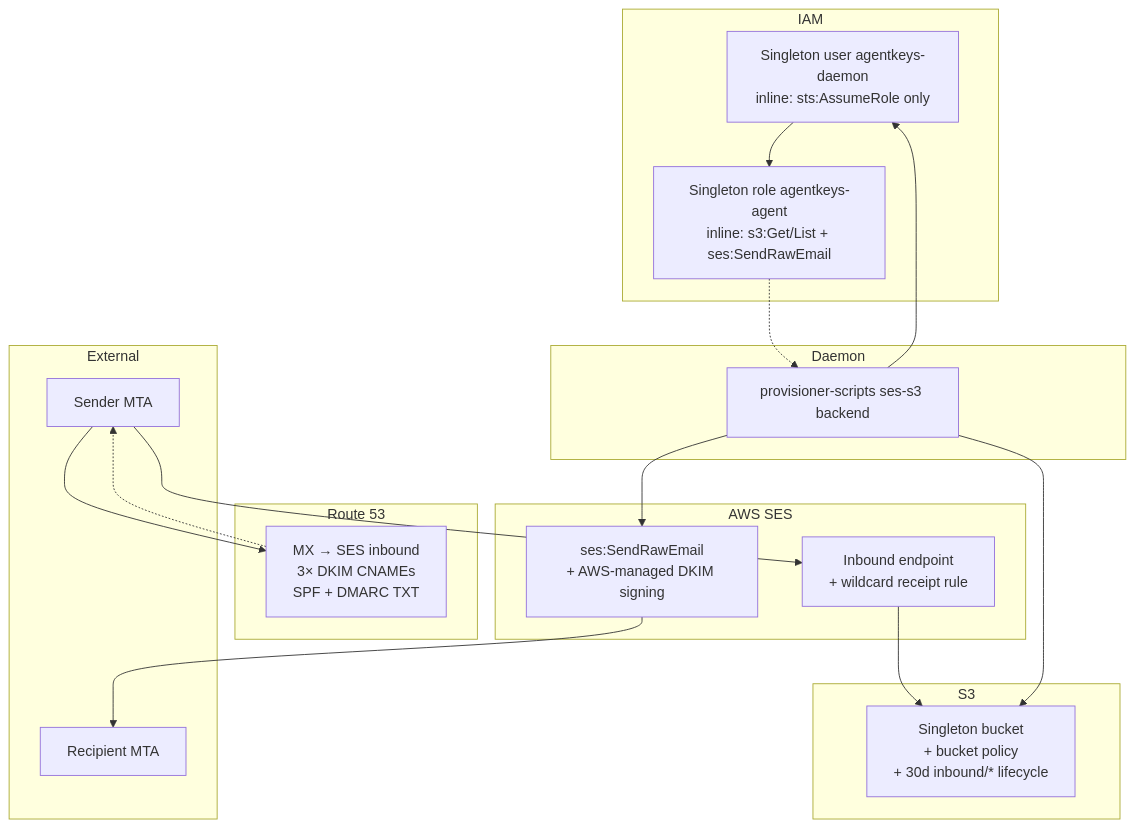
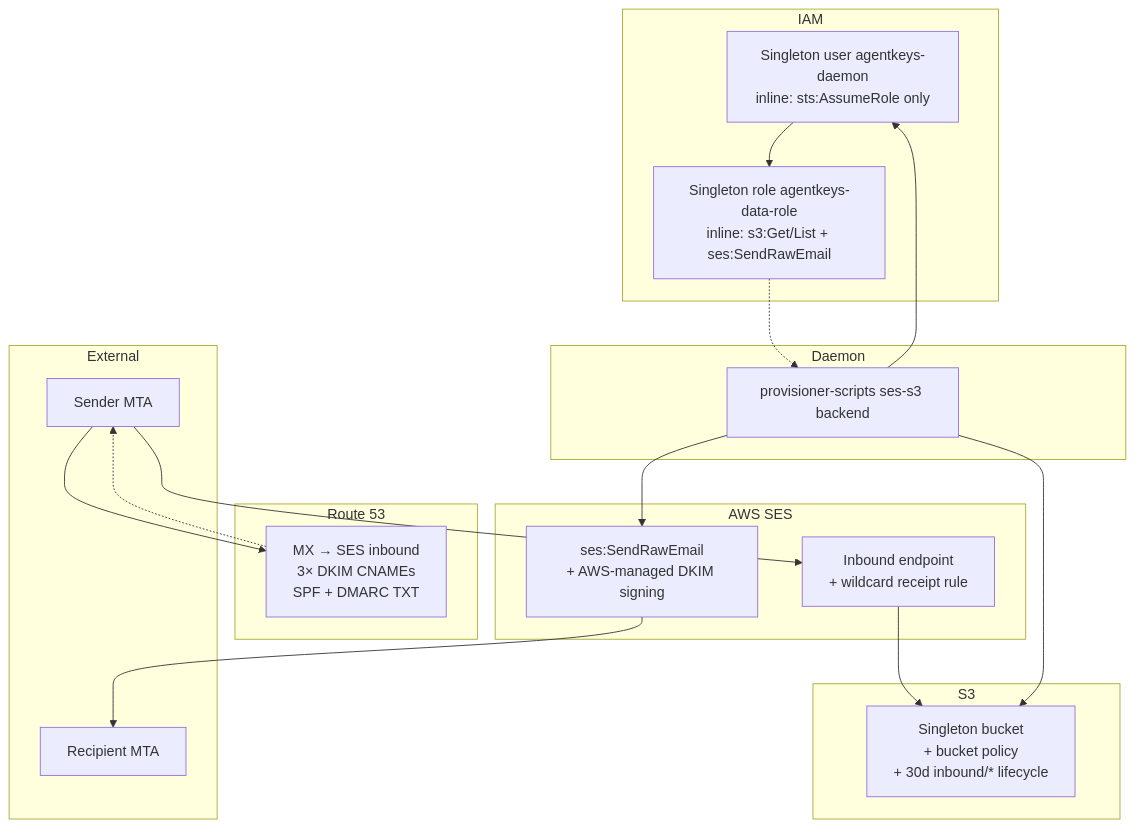
Before and after one commit to litentry/agent-terrier: the diagram in docs/spec/ses-email-architecture.md, drawn with Mermaid. The commit also changed other lines of this file and 27 other files, not shown here.

````diff
--- a/docs/spec/ses-email-architecture.md
+++ b/docs/spec/ses-email-architecture.md
@@ -109,34 +109,34 @@
 ```mermaid
 graph TB
     subgraph EXT[" External "]
         Sender[Sender MTA]
         Recip[Recipient MTA]
     end
     subgraph DNS[" Route 53 "]
         Records["MX → SES inbound<br/>3× DKIM CNAMEs<br/>SPF + DMARC TXT"]
     end
     subgraph SES[" AWS SES "]
         Inbound["Inbound endpoint<br/>+ wildcard receipt rule"]
         Outbound["ses:SendRawEmail<br/>+ AWS-managed DKIM signing"]
     end
     subgraph S3[" S3 "]
         Bucket["Singleton bucket<br/>+ bucket policy<br/>+ 30d inbound/* lifecycle"]
     end
     subgraph IAM[" IAM "]
         User["Singleton user agentkeys-daemon<br/>inline: sts:AssumeRole only"]
-        Role["Singleton role agentkeys-agent<br/>inline: s3:Get/List + ses:SendRawEmail"]
+        Role["Singleton role agentkeys-data-role<br/>inline: s3:Get/List + ses:SendRawEmail"]
     end
     subgraph APP[" Daemon "]
         Daemon[provisioner-scripts ses-s3 backend]
     end
     Sender --> Records
     Records -.-> Sender
     Sender --> Inbound
     Inbound --> Bucket
     Daemon --> User
     User --> Role
     Role -.-> Daemon
     Daemon --> Bucket
     Daemon --> Outbound
     Outbound --> Recip
 ```
````
